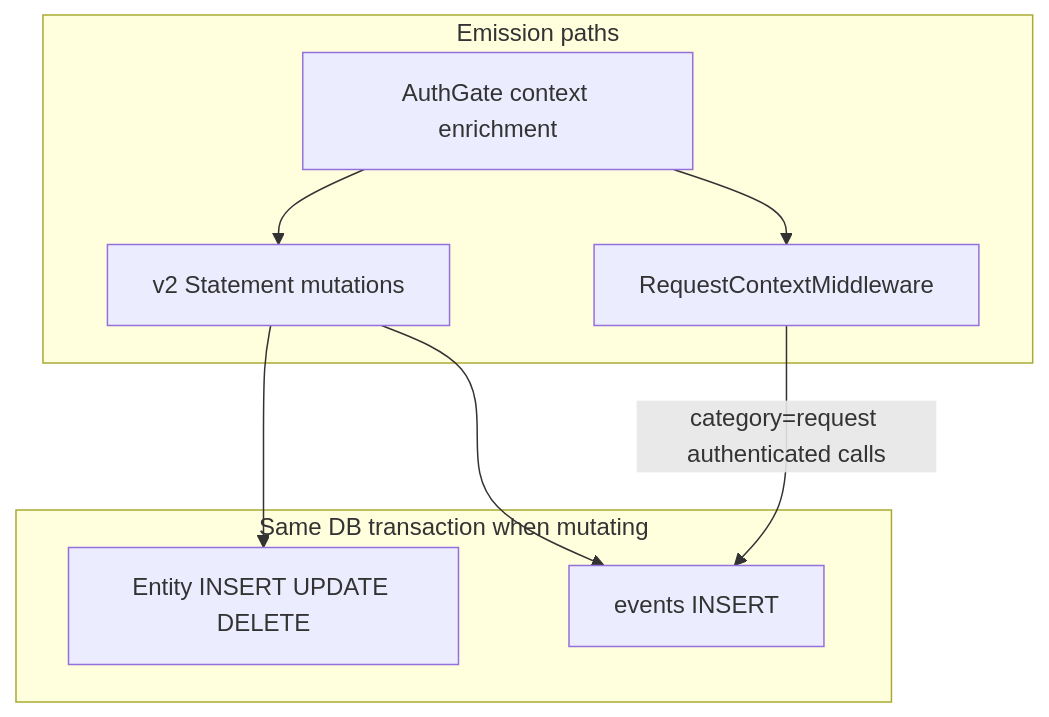
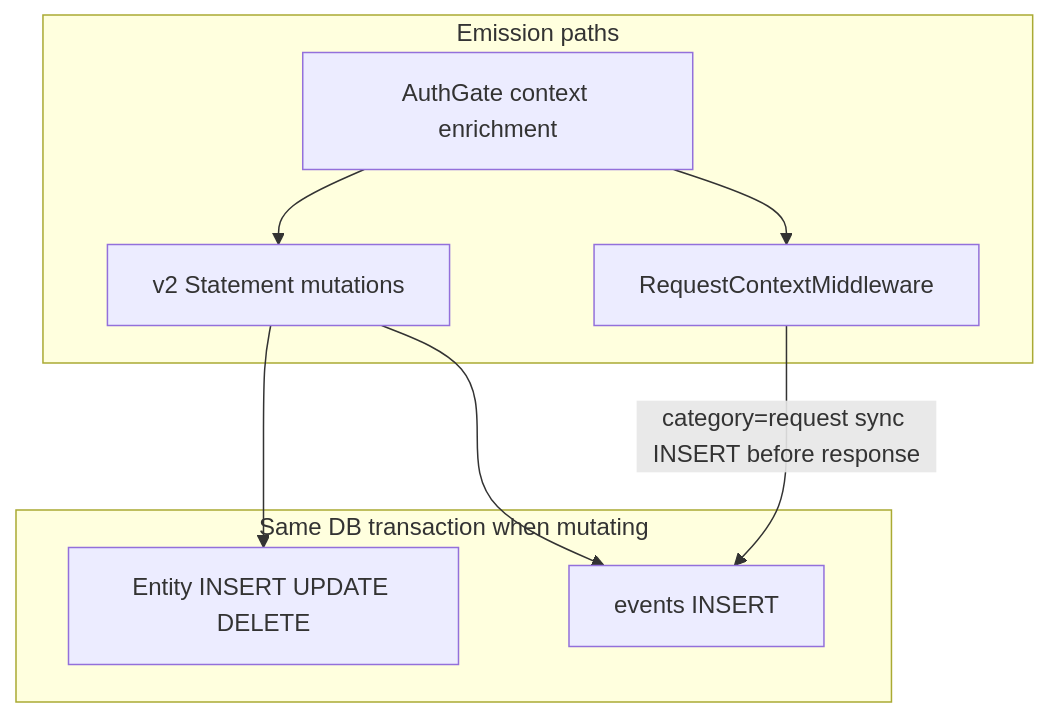
One commit to zitadel/nextgen changed the diagram in docs/adrs/029-wide-events-internal-audit-primitive.md. Above: the diagram before and after it, drawn with Mermaid. The commit also changed other lines of this file and 4 other files, not shown here.

````diff
--- a/docs/adrs/029-wide-events-internal-audit-primitive.md
+++ b/docs/adrs/029-wide-events-internal-audit-primitive.md
@@ -159,17 +184,17 @@
 ```mermaid
 flowchart TB
   subgraph emit [Emission paths]
     MW[RequestContextMiddleware]
     Auth[AuthGate context enrichment]
     Stmt[v2 Statement mutations]
   end
   subgraph tx [Same DB transaction when mutating]
     EntitySQL[Entity INSERT UPDATE DELETE]
     EventSQL[events INSERT]
   end
-  MW -->|"category=request authenticated calls"| EventSQL
+  MW -->|"category=request sync INSERT before response"| EventSQL
   Auth --> MW
   Auth --> Stmt
   Stmt --> EntitySQL
   Stmt --> EventSQL
 ```
````
